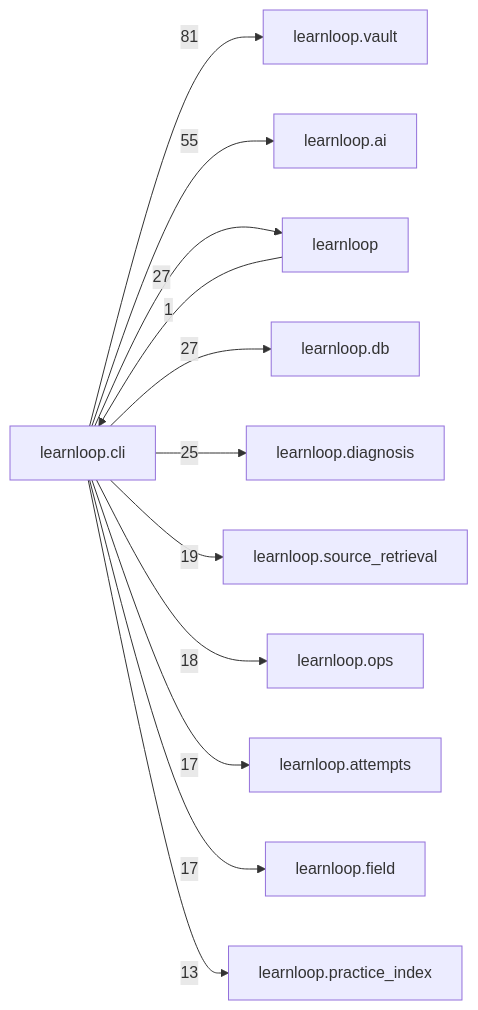
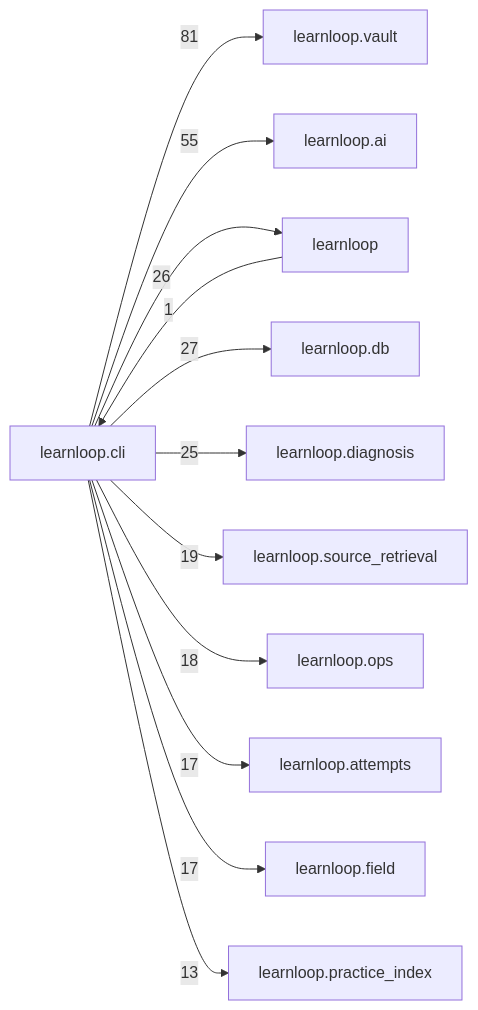
The diagram in docs/learnloop-architecture-vault/Reference/Modules/learnloop/cli/_package.md (6up-b/learnanything), drawn with Mermaid before and after one commit. The commit also changed other lines of this file and 88 other files, not shown here.

````diff
--- a/docs/learnloop-architecture-vault/Reference/Modules/learnloop/cli/_package.md
+++ b/docs/learnloop-architecture-vault/Reference/Modules/learnloop/cli/_package.md
@@ -227,25 +227,25 @@
 ```mermaid
 flowchart LR
     center["learnloop.cli"]
     n_learnloop_vault["learnloop.vault"]
     n_learnloop_ai["learnloop.ai"]
     n_learnloop["learnloop"]
     n_learnloop_db["learnloop.db"]
     n_learnloop_diagnosis["learnloop.diagnosis"]
     n_learnloop_source_retrieval["learnloop.source_retrieval"]
     n_learnloop_ops["learnloop.ops"]
     n_learnloop_attempts["learnloop.attempts"]
     n_learnloop_field["learnloop.field"]
     n_learnloop_practice_index["learnloop.practice_index"]
     center -->|81| n_learnloop_vault
     center -->|55| n_learnloop_ai
     n_learnloop -->|1| center
-    center -->|27| n_learnloop
+    center -->|26| n_learnloop
     center -->|27| n_learnloop_db
     center -->|25| n_learnloop_diagnosis
     center -->|19| n_learnloop_source_retrieval
     center -->|18| n_learnloop_ops
     center -->|17| n_learnloop_attempts
     center -->|17| n_learnloop_field
     center -->|13| n_learnloop_practice_index
 ```
````
